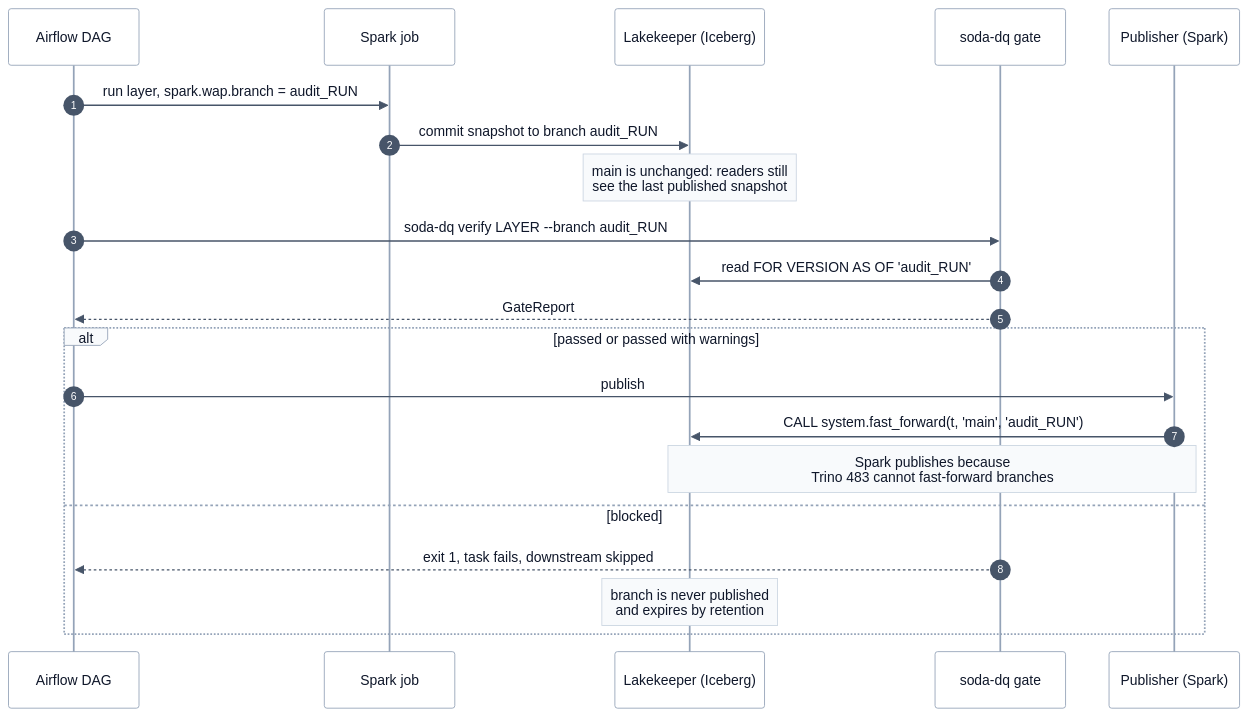
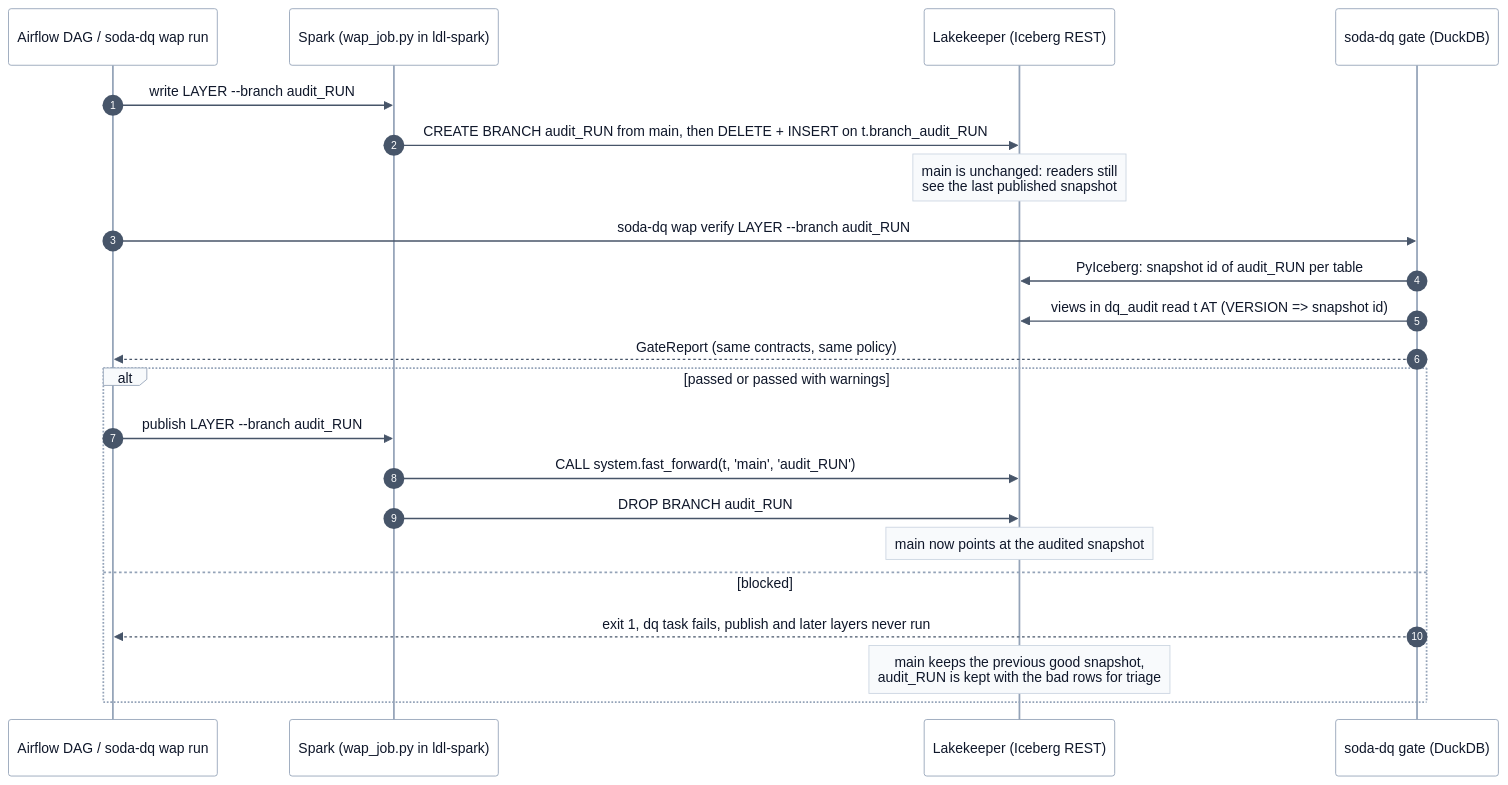
One commit to santoshshinde2012/lakehouse-quality-gates changed the diagram in docs/diagrams/wap-sequence.mmd. Above: the diagram before and after it, drawn with Mermaid. The commit also changed 50 other files, not shown here.

Commit message:
feat: write-audit-publish with Iceberg branches (ADR 0006), live proof, overhead benchmark

```diff
--- a/docs/diagrams/wap-sequence.mmd
+++ b/docs/diagrams/wap-sequence.mmd
@@ -1,26 +1,27 @@
 %%{init: {'theme':'base','themeVariables':{'fontFamily':'Inter, system-ui, -apple-system, Segoe UI, Helvetica, Arial, sans-serif','fontSize':'14px','primaryColor':'#ffffff','primaryTextColor':'#0f172a','primaryBorderColor':'#94a3b8','secondaryColor':'#f8fafc','tertiaryColor':'#f8fafc','lineColor':'#64748b','textColor':'#0f172a','clusterBkg':'#f8fafc','clusterBorder':'#cbd5e1','titleColor':'#334155','edgeLabelBackground':'#ffffff','noteBkgColor':'#f8fafc','noteTextColor':'#0f172a','noteBorderColor':'#cbd5e1','actorBkg':'#ffffff','actorBorder':'#94a3b8','actorTextColor':'#0f172a','actorLineColor':'#94a3b8','signalColor':'#475569','signalTextColor':'#0f172a','labelBoxBkgColor':'#f8fafc','labelBoxBorderColor':'#94a3b8','labelTextColor':'#0f172a','loopTextColor':'#0f172a','activationBkgColor':'#eef2ff','activationBorderColor':'#4f46e5','sequenceNumberColor':'#ffffff','classText':'#0f172a','xyChart':{'backgroundColor':'#ffffff','plotColorPalette':'#4f46e5, #d97706, #0d9488','titleColor':'#0f172a','xAxisLabelColor':'#334155','yAxisLabelColor':'#334155','xAxisLineColor':'#94a3b8','yAxisLineColor':'#94a3b8'}}}}%%
-%% Title: Write-audit-publish (proposed)
-%% Purpose: How Iceberg branches would hide a layer until its gate passes
-%% Last updated: 2026-10-13
+%% Title: Write-audit-publish
+%% Purpose: How each layer stays on an Iceberg audit branch until its gate passes
+%% Last updated: 2026-10-14
 %% Theme: docs/diagrams/THEME.md (shared init line above). Edit here, then run: make diagrams
 sequenceDiagram
   autonumber
-  participant AF as Airflow DAG
-  participant SP as Spark job
-  participant LK as Lakekeeper (Iceberg)
-  participant DQ as soda-dq gate
-  participant PB as Publisher (Spark)
-  AF->>SP: run layer, spark.wap.branch = audit_RUN
-  SP->>LK: commit snapshot to branch audit_RUN
+  participant AF as Airflow DAG / soda-dq wap run
+  participant SP as Spark (wap_job.py in ldl-spark)
+  participant LK as Lakekeeper (Iceberg REST)
+  participant DQ as soda-dq gate (DuckDB)
+  AF->>SP: write LAYER --branch audit_RUN
+  SP->>LK: CREATE BRANCH audit_RUN from main, then DELETE + INSERT on t.branch_audit_RUN
   Note over LK: main is unchanged: readers still<br/>see the last published snapshot
-  AF->>DQ: soda-dq verify LAYER --branch audit_RUN
-  DQ->>LK: read FOR VERSION AS OF 'audit_RUN'
-  DQ-->>AF: GateReport
+  AF->>DQ: soda-dq wap verify LAYER --branch audit_RUN
+  DQ->>LK: PyIceberg: snapshot id of audit_RUN per table
+  DQ->>LK: views in dq_audit read t AT (VERSION => snapshot id)
+  DQ-->>AF: GateReport (same contracts, same policy)
   alt passed or passed with warnings
-    AF->>PB: publish
-    PB->>LK: CALL system.fast_forward(t, 'main', 'audit_RUN')
-    Note over PB,LK: Spark publishes because<br/>Trino 483 cannot fast-forward branches
+    AF->>SP: publish LAYER --branch audit_RUN
+    SP->>LK: CALL system.fast_forward(t, 'main', 'audit_RUN')
+    SP->>LK: DROP BRANCH audit_RUN
+    Note over LK: main now points at the audited snapshot
   else blocked
-    DQ-->>AF: exit 1, task fails, downstream skipped
-    Note over LK: branch is never published<br/>and expires by retention
+    DQ-->>AF: exit 1, dq task fails, publish and later layers never run
+    Note over LK: main keeps the previous good snapshot,<br/>audit_RUN is kept with the bad rows for triage
   end
```
